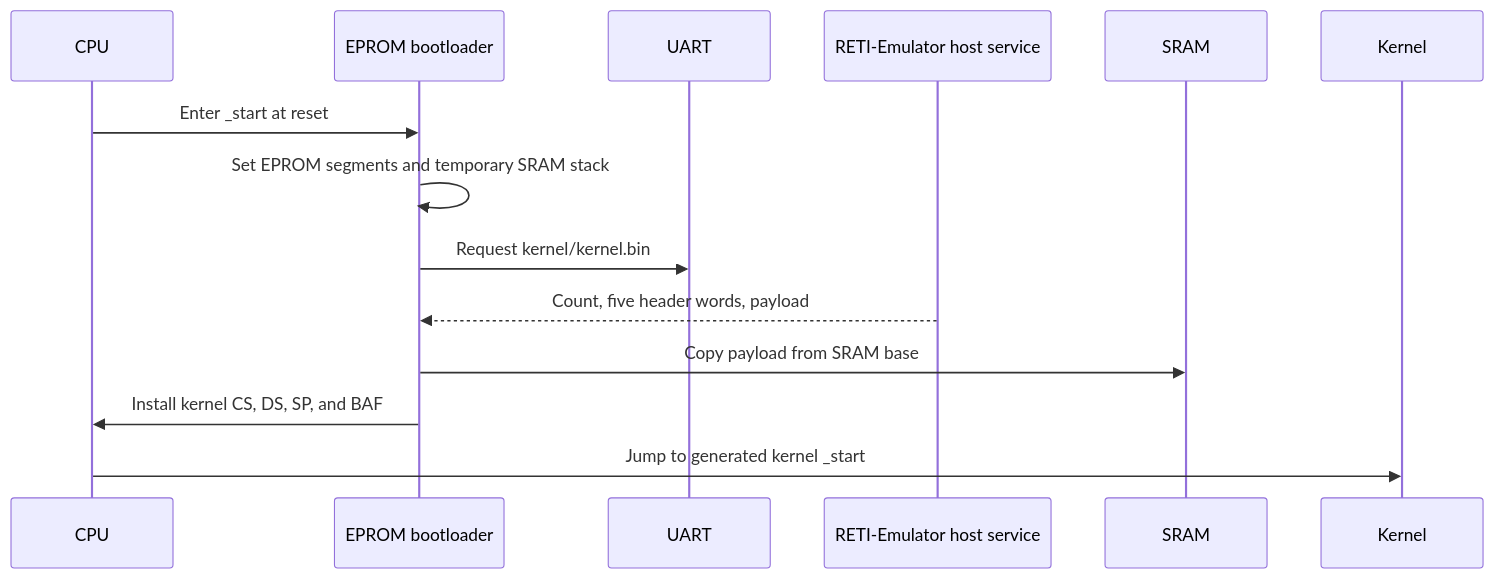
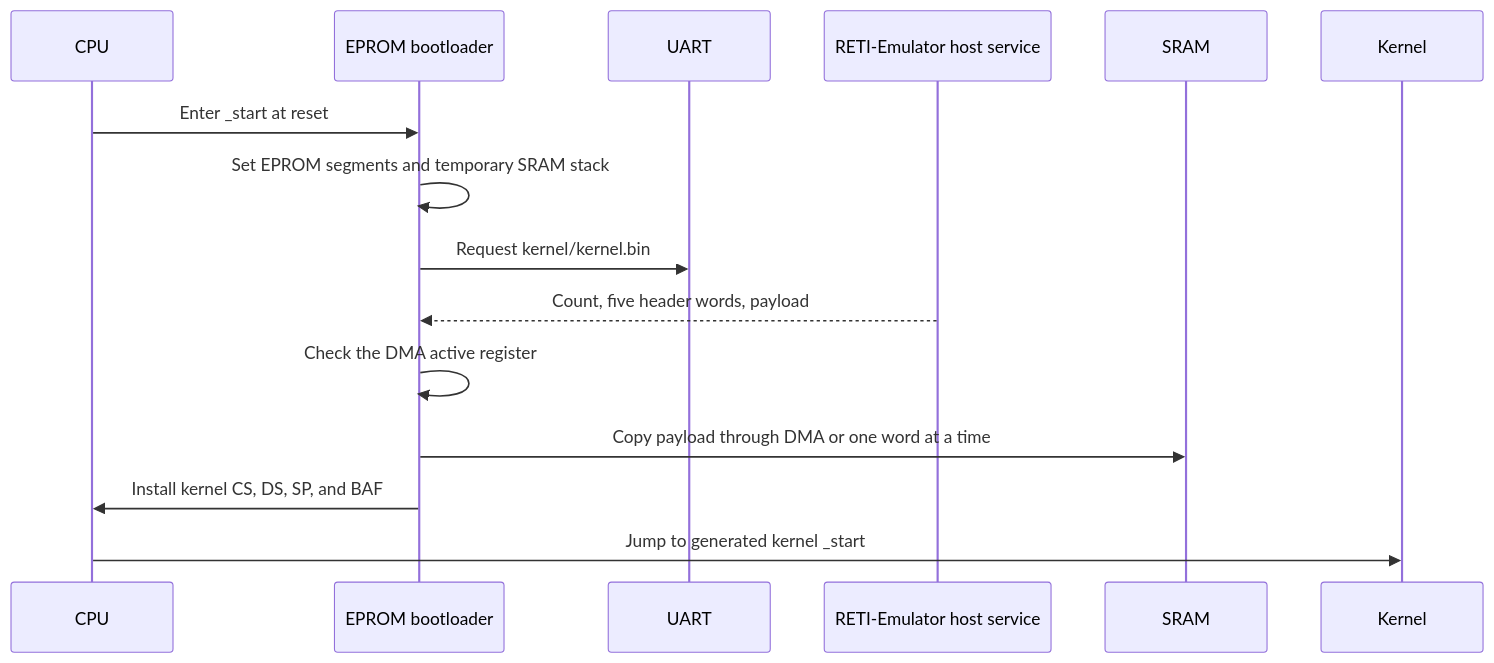
The fourth of 24 diagrams in README.md (matthejue/Pico-OS), drawn with Mermaid before and after one commit. The commit also changed other lines of this file and 9 other files, not shown here.

````diff
--- a/README.md
+++ b/README.md
@@ -660,17 +663,18 @@
 ```mermaid
 sequenceDiagram
     participant CPU
     participant EPROM as EPROM bootloader
     participant UART
     participant Host as RETI-Emulator host service
     participant SRAM
     participant Kernel
 
     CPU->>EPROM: Enter _start at reset
     EPROM->>EPROM: Set EPROM segments and temporary SRAM stack
     EPROM->>UART: Request kernel/kernel.bin
     Host-->>EPROM: Count, five header words, payload
-    EPROM->>SRAM: Copy payload from SRAM base
+    EPROM->>EPROM: Check the DMA active register
+    EPROM->>SRAM: Copy payload through DMA or one word at a time
     EPROM->>CPU: Install kernel CS, DS, SP, and BAF
     CPU->>Kernel: Jump to generated kernel _start
 ```
````
